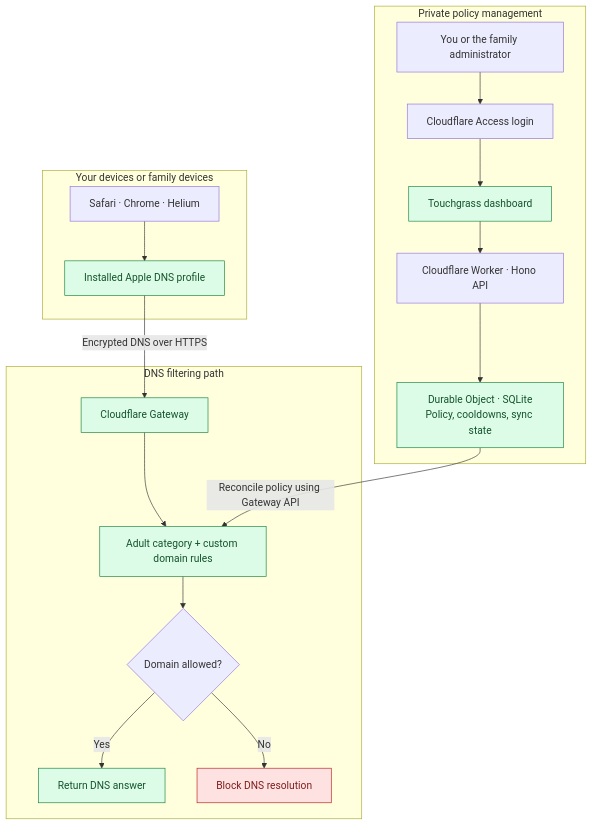
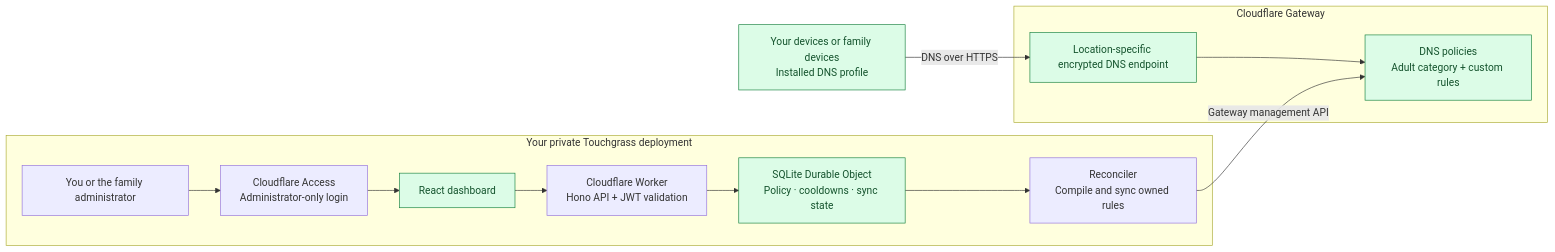
One commit to fyzanshaik/touchgrass changed the first of 2 diagrams in README.md. Above: the diagram before and after it, drawn with Mermaid. The commit also changed other lines of this file and 8 other files, not shown here.

Commit message:
Add portable assistant skills and clarify system and DNS blocking diagrams

````diff
--- a/README.md
+++ b/README.md
@@ -93,36 +93,26 @@
 ```mermaid
-flowchart TB
-    subgraph Family["Your devices or family devices"]
-        Browsers["Safari · Chrome · Helium"]
-        Profile["Installed Apple DNS profile"]
-        Browsers --> Profile
+flowchart LR
+    subgraph Management["Your private Touchgrass deployment"]
+        Admin["You or the family administrator"]
+        Access["Cloudflare Access<br/>Administrator-only login"]
+        Dashboard["React dashboard"]
+        API["Cloudflare Worker<br/>Hono API + JWT validation"]
+        State["SQLite Durable Object<br/>Policy · cooldowns · sync state"]
+        Reconcile["Reconciler<br/>Compile and sync owned rules"]
+        Admin --> Access --> Dashboard --> API --> State
+        State --> Reconcile
     end
 
-    subgraph Filtering["DNS filtering path"]
-        Gateway["Cloudflare Gateway"]
-        Rules["Adult category + custom domain rules"]
-        Decision{"Domain allowed?"}
-        Allowed["Return DNS answer"]
-        Blocked["Block DNS resolution"]
-        Gateway --> Rules --> Decision
-        Decision -->|Yes| Allowed
-        Decision -->|No| Blocked
+    subgraph Enforcement["Cloudflare Gateway"]
+        Policies["DNS policies<br/>Adult category + custom rules"]
+        Resolver["Location-specific encrypted DNS endpoint"]
+        Resolver --> Policies
     end
 
-    subgraph Management["Private policy management"]
-        Admin["You or the family administrator"]
-        Access["Cloudflare Access login"]
-        Dashboard["Touchgrass dashboard"]
-        API["Cloudflare Worker · Hono API"]
-        State["Durable Object · SQLite<br/>Policy, cooldowns, sync state"]
-        Admin --> Access --> Dashboard --> API --> State
-    end
-
-    Profile -->|Encrypted DNS over HTTPS| Gateway
-    State -->|Reconcile policy using Gateway API| Rules
+    Devices["Your devices or family devices<br/>Installed DNS profile"]
+    Reconcile -->|Gateway management API| Policies
+    Devices -->|DNS over HTTPS| Resolver
 
     classDef grass fill:#dcfce7,stroke:#15803d,color:#14532d
-    classDef blocked fill:#fee2e2,stroke:#b91c1c,color:#7f1d1d
-    class Profile,Gateway,Rules,Allowed,Dashboard,State grass
-    class Blocked blocked
+    class Dashboard,State,Policies,Resolver,Devices grass
 ```
````
